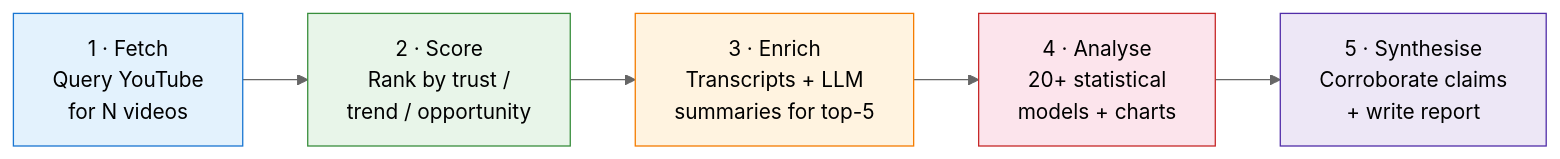
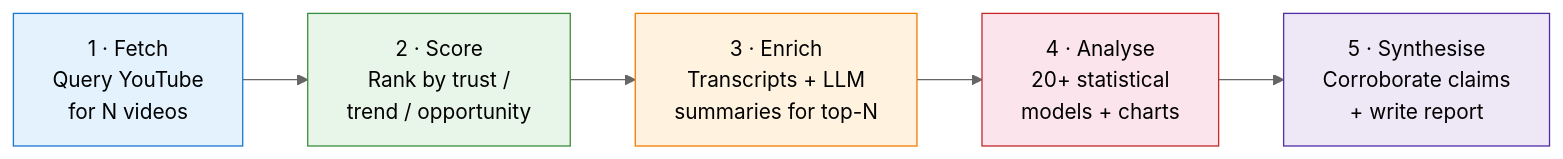
One commit to reshinto/social-research-probe changed the diagram in docs/diagrams/src/dp_pipeline.mmd. Above: the diagram before and after it, drawn with Mermaid (neutral theme). The commit also changed 108 other files, not shown here.

```diff
--- a/docs/diagrams/src/dp_pipeline.mmd
+++ b/docs/diagrams/src/dp_pipeline.mmd
@@ -1,11 +1,11 @@
 graph LR
     A["1 · Fetch\nQuery YouTube\nfor N videos"] --> B["2 · Score\nRank by trust /\ntrend / opportunity"]
-    B --> C["3 · Enrich\nTranscripts + LLM\nsummaries for top-5"]
+    B --> C["3 · Enrich\nTranscripts + LLM\nsummaries for top-N"]
     C --> D["4 · Analyse\n20+ statistical\nmodels + charts"]
     D --> E["5 · Synthesise\nCorroborate claims\n+ write report"]
 
     style A fill:#e3f2fd,stroke:#1976d2
     style B fill:#e8f5e9,stroke:#388e3c
     style C fill:#fff3e0,stroke:#f57c00
     style D fill:#fce4ec,stroke:#c62828
     style E fill:#ede7f6,stroke:#512da8
```
